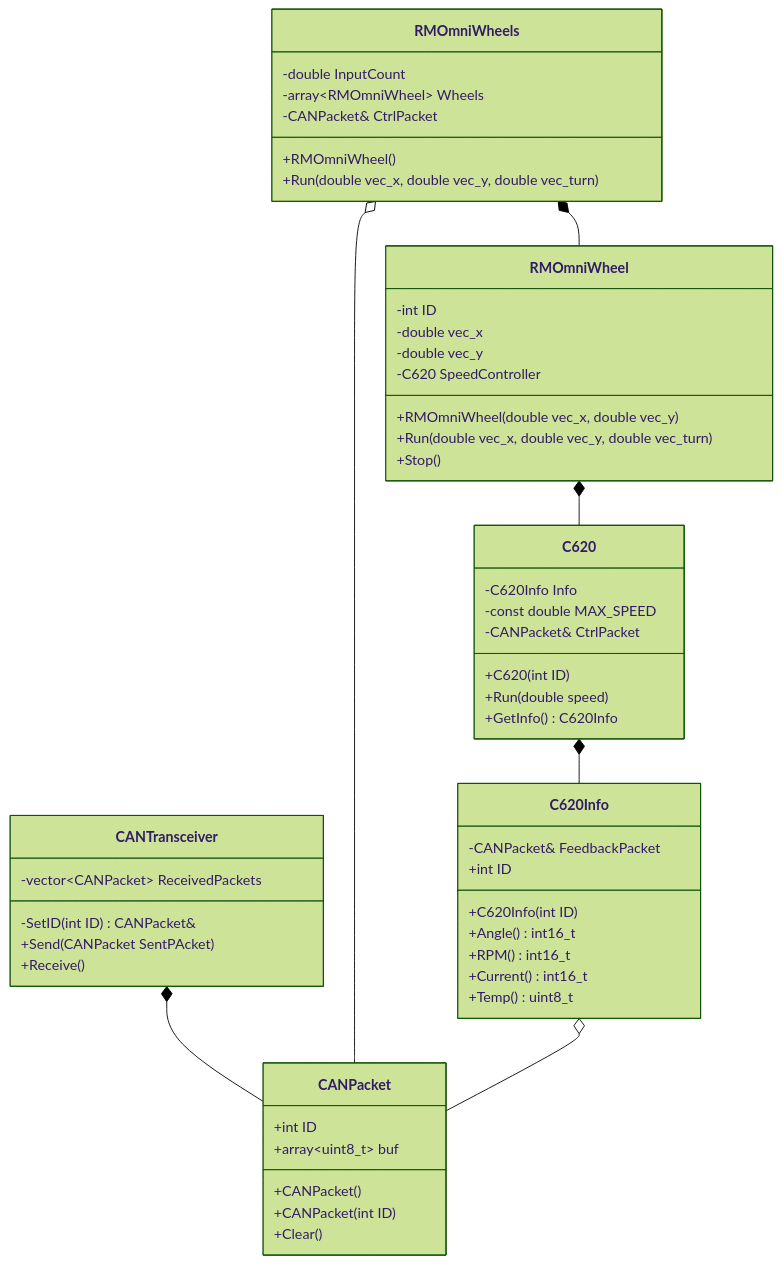
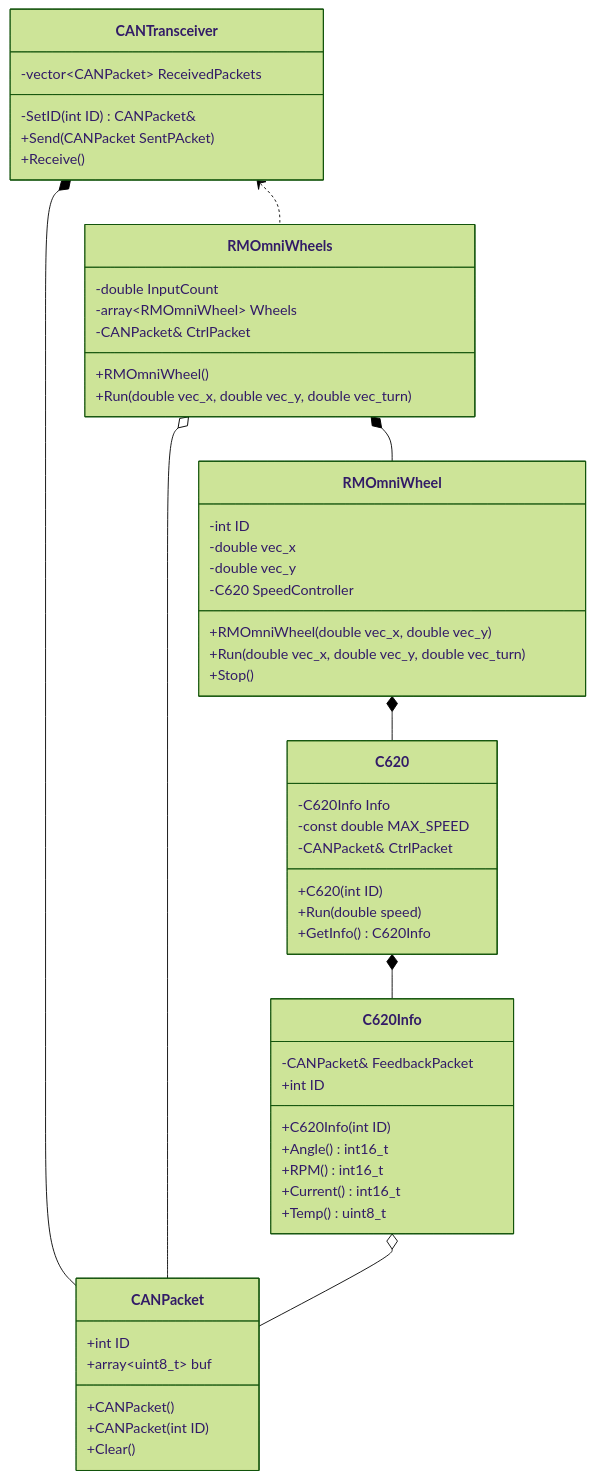
The diagram in docs/class_diagram.md (NiiRoboKen/2025B-esp-sender), drawn with Mermaid (forest theme) before and after one commit.

````diff
--- a/docs/class_diagram.md
+++ b/docs/class_diagram.md
@@ -1,56 +1,57 @@
 ```mermaid
 classDiagram
 class RMOmniWheels{
     -double InputCount
     -array~RMOmniWheel~ Wheels
     -CANPacket& CtrlPacket
     +RMOmniWheel()
     +Run(double vec_x, double vec_y, double vec_turn)
 }
 class RMOmniWheel{
     -int ID
     -double vec_x
     -double vec_y
     -C620 SpeedController
     +RMOmniWheel(double vec_x, double vec_y)
     +Run(double vec_x, double vec_y, double vec_turn)
     +Stop()
 }
 class C620{
     -C620Info Info
     -const double MAX_SPEED
     -CANPacket& CtrlPacket
     +C620(int ID)
     +Run(double speed)
     +GetInfo() C620Info
 }
 class C620Info{
     -CANPacket& FeedbackPacket
     +int ID
     +C620Info(int ID)
     +Angle() int16_t
     +RPM() int16_t
     +Current() int16_t
     +Temp() uint8_t
 }
 class CANPacket{
     +int ID
     +array~uint8_t~ buf
     +CANPacket()
     +CANPacket(int ID)
     +Clear()
 }
 class CANTransceiver{
     -vector~CANPacket~ ReceivedPackets
     -SetID(int ID) CANPacket&
     +Send(CANPacket SentPAcket)
     +Receive()
 }
 
 RMOmniWheels *-- RMOmniWheel
 RMOmniWheel *-- C620
 C620 *-- C620Info
 CANTransceiver *-- CANPacket
 RMOmniWheels o-- CANPacket
 C620Info o-- CANPacket
+CANTransceiver <.. RMOmniWheels
 ```
````
